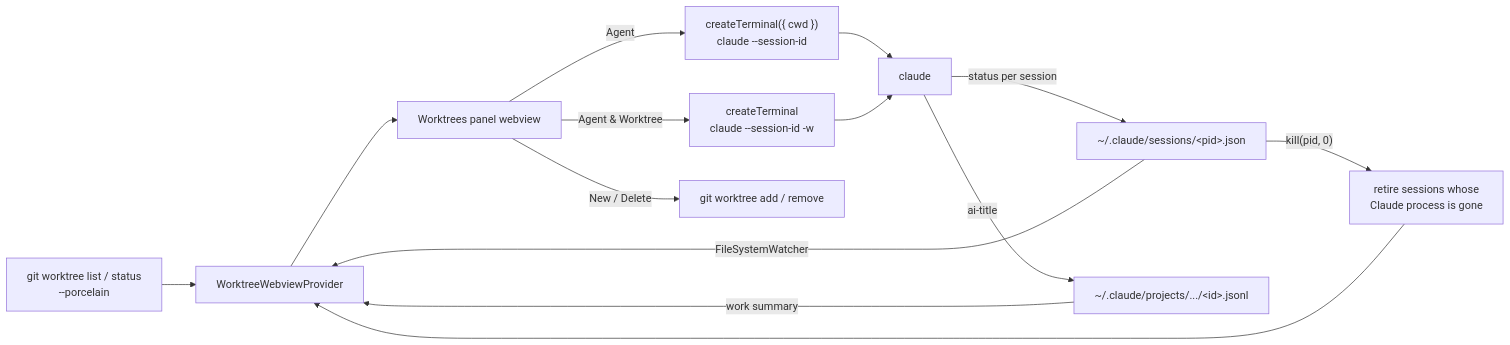
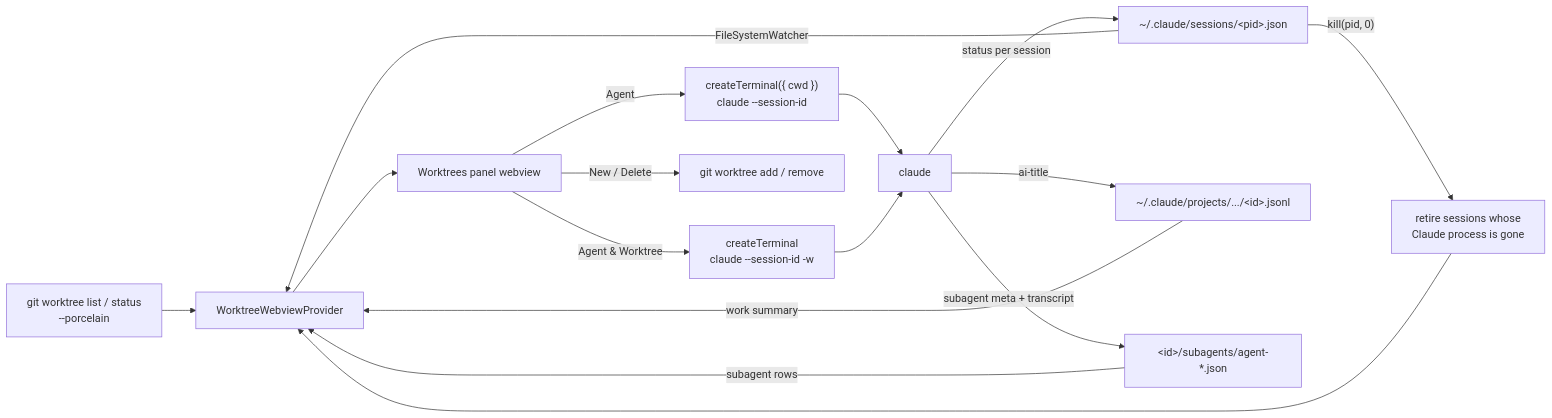
One commit to BradenTerry/agent-worktrees changed the diagram in README.md. Above: the diagram before and after it, drawn with Mermaid. The commit also changed other lines of this file and 14 other files, not shown here.

````diff
--- a/README.md
+++ b/README.md
@@ -102,16 +106,18 @@
 ```mermaid
 flowchart LR
     G["git worktree list / status<br/>--porcelain"] --> P[WorktreeWebviewProvider]
     P --> V[Worktrees panel webview]
     V -->|Agent| T["createTerminal({ cwd })<br/>claude --session-id"]
     V -->|Agent & Worktree| TW["createTerminal<br/>claude --session-id -w"]
     V -->|New / Delete| WT["git worktree add / remove"]
     T --> C
     TW --> C
     C["claude"] -->|"status per session"| S["~/.claude/sessions/&lt;pid&gt;.json"]
     C -->|"ai-title"| J["~/.claude/projects/.../&lt;id&gt;.jsonl"]
+    C -->|"subagent meta + transcript"| SA["&lt;id&gt;/subagents/agent-*.json"]
+    SA -->|subagent rows| P
     S -->|FileSystemWatcher| P
     S -->|"kill(pid, 0)"| L["retire sessions whose<br/>Claude process is gone"]
     L --> P
     J -->|work summary| P
 ```
````
